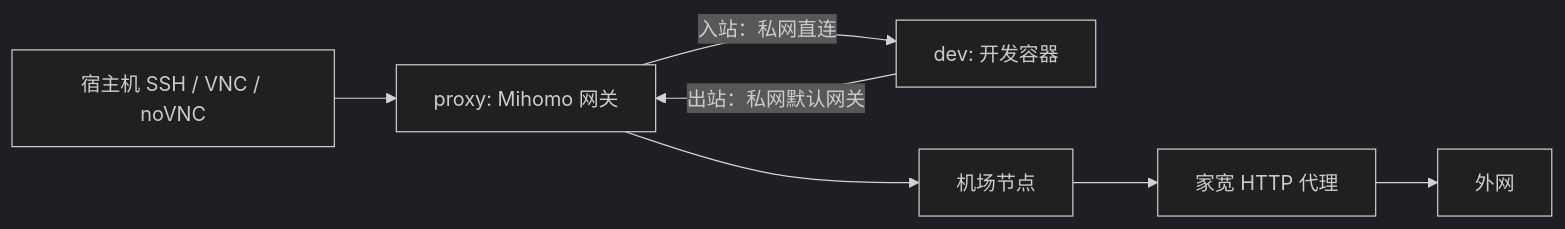
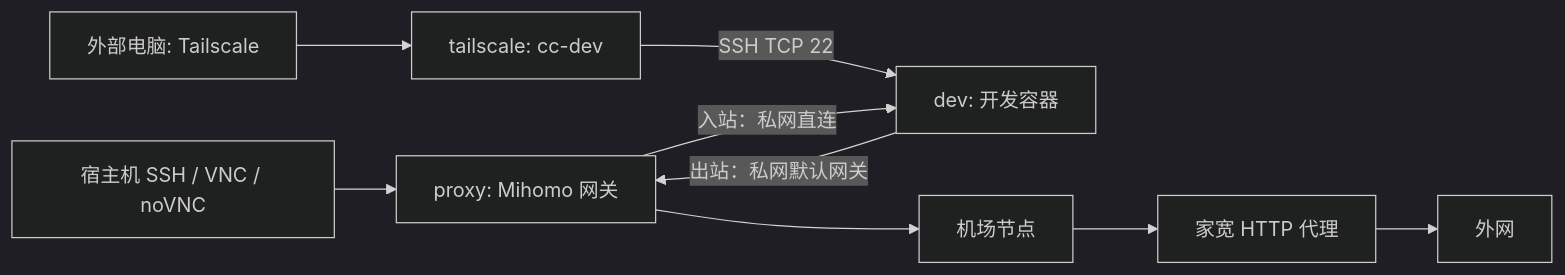
One commit to zeke-chin/cc-runtime changed the diagram in README.md. Above: the diagram before and after it, drawn with Mermaid (dark theme). The commit also changed other lines of this file and 11 other files, not shown here.

First line of the commit message:
feat: 添加 Tailscale SSH 接入并持久化设备身份

````diff
--- a/README.md
+++ b/README.md
@@ -7,9 +7,11 @@
 ```mermaid
 flowchart LR
     H[宿主机 SSH / VNC / noVNC] --> P[proxy: Mihomo 网关]
+    C[外部电脑: Tailscale] --> T[tailscale: cc-dev]
+    T -->|SSH TCP 22| D
     P -->|入站：私网直连| D[dev: 开发容器]
     D -->|出站：私网默认网关| P
     P --> A[机场节点]
     A --> R[家宽 HTTP 代理]
     R --> W[外网]
 ```
````
